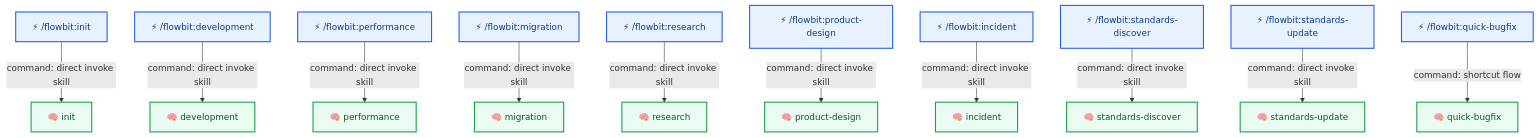
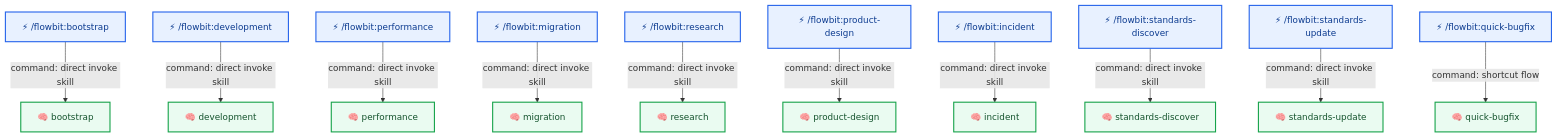
Before and after one commit to plucins/flowbit: the fifth of 9 diagrams in docs/flow/overview.md, drawn with Mermaid. The commit also changed other lines of this file and 22 other files, not shown here.

First line of the commit message:
chore: rename init skill to bootstrap and bump to 1.7.0

````diff
--- a/docs/flow/overview.md
+++ b/docs/flow/overview.md
@@ -152,18 +152,18 @@
 ```mermaid
 graph TD
-  INIT["⚡ /flowbit:init"] -- "command: direct invoke skill" --> S_INIT["🧠 init"]
+  INIT["⚡ /flowbit:bootstrap"] -- "command: direct invoke skill" --> S_INIT["🧠 bootstrap"]
   DEV["⚡ /flowbit:development"] -- "command: direct invoke skill" --> S_DEV["🧠 development"]
   PERF["⚡ /flowbit:performance"] -- "command: direct invoke skill" --> S_PERF["🧠 performance"]
   MIG["⚡ /flowbit:migration"] -- "command: direct invoke skill" --> S_MIG["🧠 migration"]
   RES["⚡ /flowbit:research"] -- "command: direct invoke skill" --> S_RES["🧠 research"]
   PD["⚡ /flowbit:product-design"] -- "command: direct invoke skill" --> S_PD["🧠 product-design"]
   INC["⚡ /flowbit:incident"] -- "command: direct invoke skill" --> S_INC["🧠 incident"]
   STD_DISC["⚡ /flowbit:standards-discover"] -- "command: direct invoke skill" --> S_STD_DISC["🧠 standards-discover"]
   STD_UPD["⚡ /flowbit:standards-update"] -- "command: direct invoke skill" --> S_STD_UPD["🧠 standards-update"]
   QBUG["⚡ /flowbit:quick-bugfix"] -- "command: shortcut flow" --> S_QBUG["🧠 quick-bugfix"]
 
   classDef cmd fill:#E8F1FF,stroke:#2563EB,stroke-width:2px,color:#0B3A8F;
   classDef skill fill:#EAFBF1,stroke:#16A34A,stroke-width:2px,color:#14532D;
   class INIT,DEV,PERF,MIG,RES,PD,INC,STD_DISC,STD_UPD,QBUG cmd;
   class S_INIT,S_DEV,S_PERF,S_MIG,S_RES,S_PD,S_INC,S_STD_DISC,S_STD_UPD,S_QBUG skill;
 ```
````
